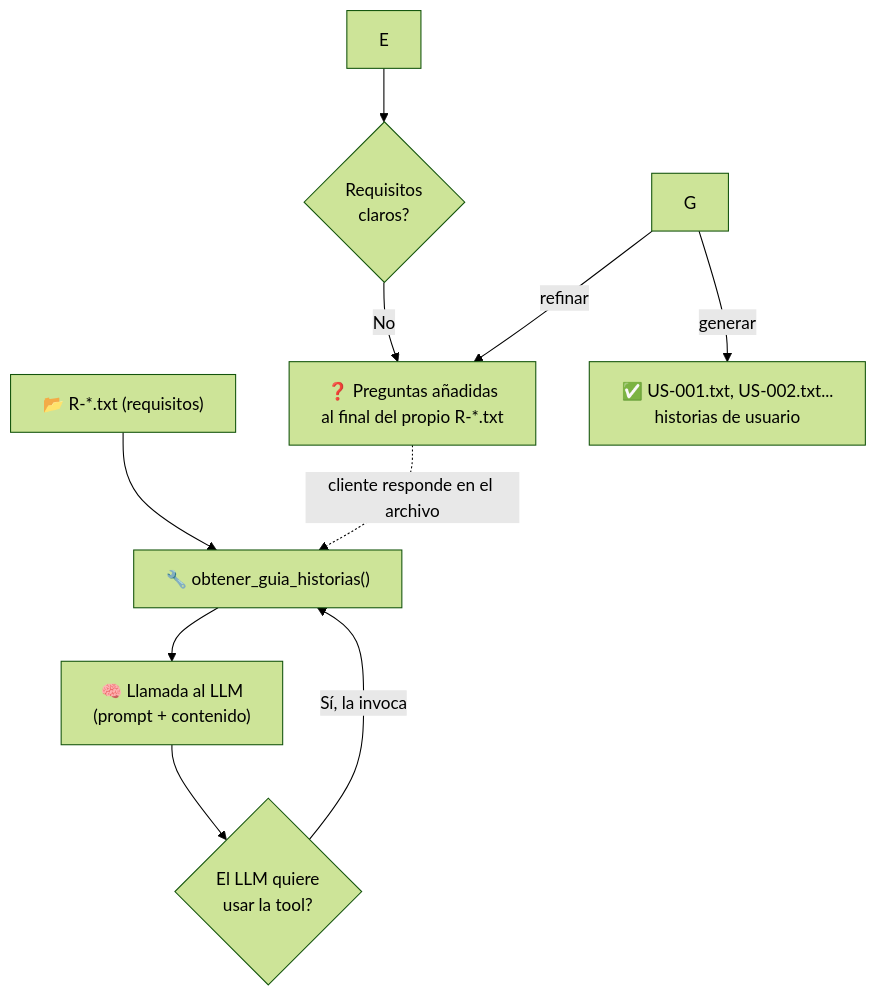
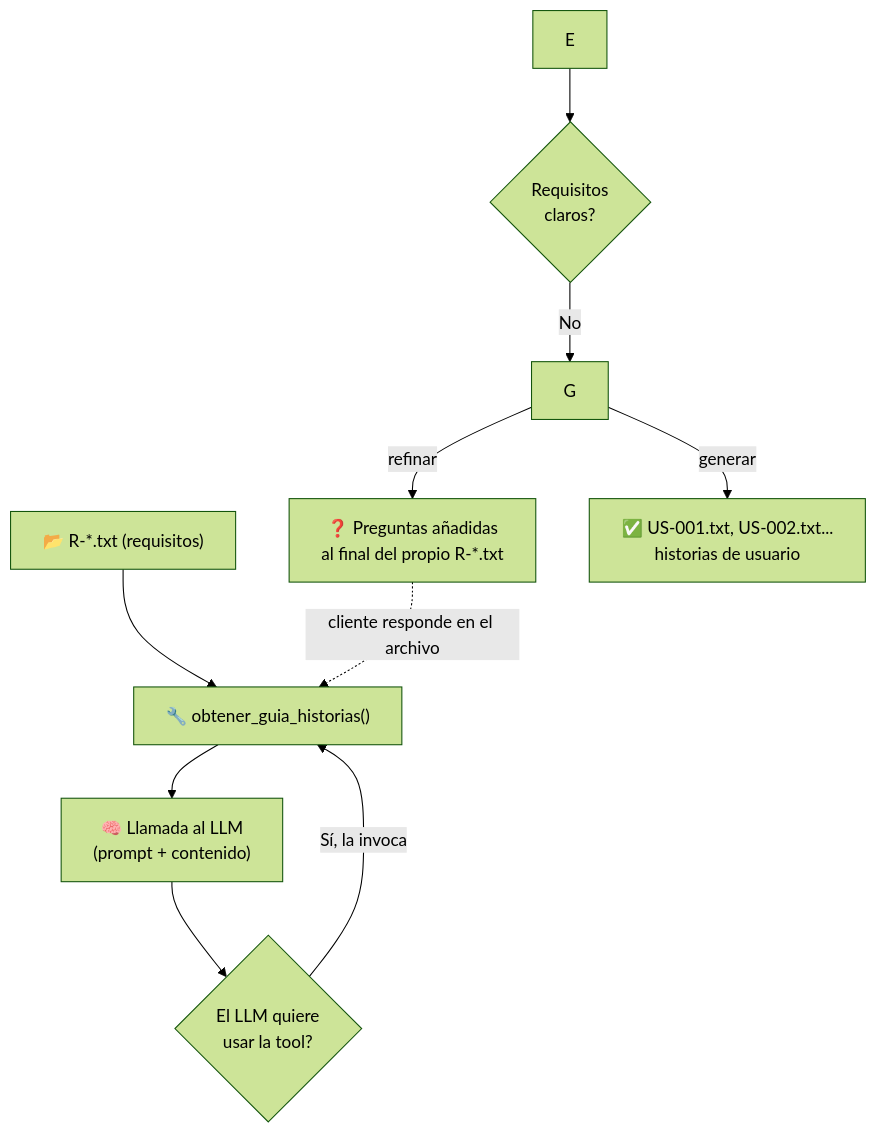
Before and after one commit to fcnatra/WorkshopAgent: the second of 2 diagrams in README.md, drawn with Mermaid (forest theme).

Commit message:
Fix flowchart branching in README.md

````diff
--- a/README.md
+++ b/README.md
@@ -25,12 +25,12 @@
 ```mermaid
 flowchart TD
     A["📂 R-*.txt (requisitos)"] --> B["🤖 Agente lee el archivo"]
     B --> C["🧠 Llamada al LLM\n(prompt + contenido)"]
     C --> D{"El LLM quiere\nusar la tool?"}
     D -->|Sí, la invoca| B["🔧 obtener_guia_historias()\n"]
     E --> F{"Requisitos\nclaros?"}
-    F -->|No| H
+    F -->|No| G
     G -->|"refinar"| H["❓ Preguntas añadidas\nal final del propio R-*.txt"]
     G -->|"generar"| I["✅ US-001.txt, US-002.txt...\nhistorias de usuario"]
     H -. "cliente responde en el archivo" .-> B
 ```
````
